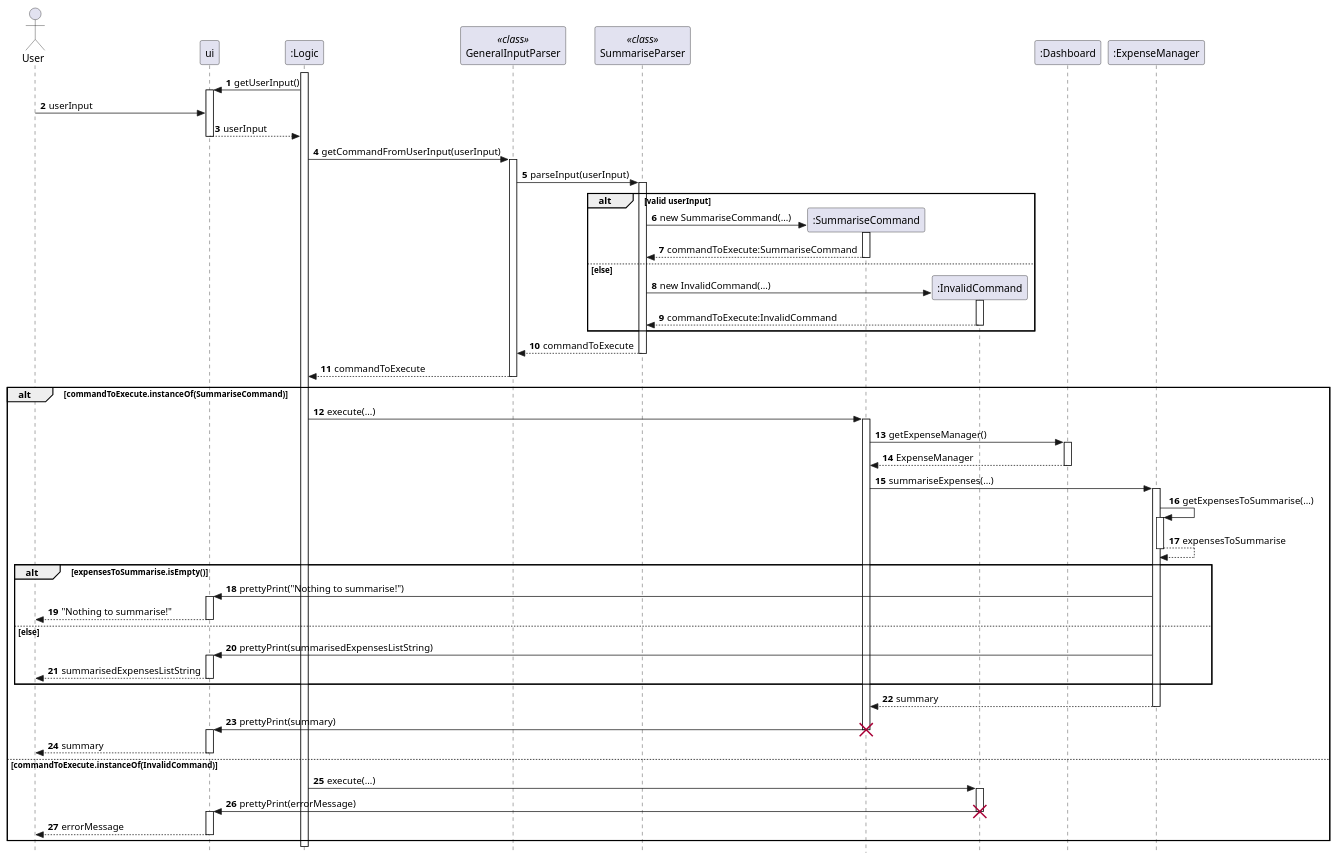
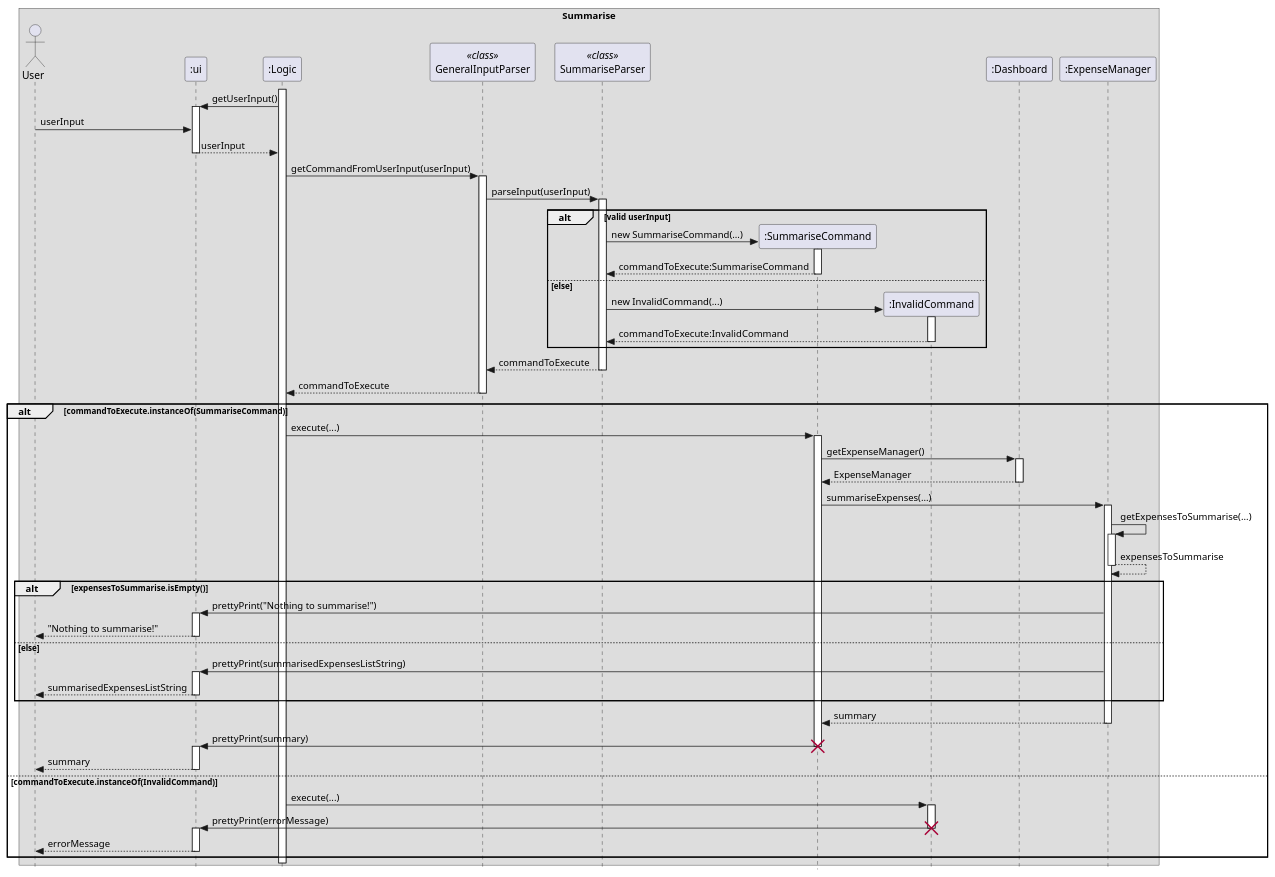
The diagram in docs/team/UML_Files/Summarise.puml (AY2324S2-CS2113-F14-1/tp), drawn with PlantUML before and after one commit. The commit also changed 1 other file, not shown here.

```diff
--- a/docs/team/UML_Files/Summarise.puml
+++ b/docs/team/UML_Files/Summarise.puml
@@ -1,74 +1,75 @@
 @startuml
 'https://plantuml.com/sequence-diagram
 
+box Summarise
+
 skinparam Style strictuml
-autonumber
 actor User
-participant "ui" as UI
+participant ":ui" as UI
 participant ":Logic" as Logic
 activate Logic
 participant GeneralInputParser <<class>>
 participant SummariseParser << class >>
 
 participant ":SummariseCommand" as SummariseCommand order 28
 participant ":InvalidCommand" as InvalidCommand order 29
 participant ":Dashboard" as Dashboard order 30
 participant ":ExpenseManager" as ExpenseManager order 31
 
 Logic -> UI ++ : getUserInput()
 
 User -> UI : userInput
 UI --> Logic -- : userInput
 
 Logic -> GeneralInputParser ++ : getCommandFromUserInput(userInput)
 GeneralInputParser -> SummariseParser ++ : parseInput(userInput)
 alt valid userInput
     SummariseParser -> SummariseCommand ** : new SummariseCommand(...)
     activate SummariseCommand
     SummariseCommand --> SummariseParser --: commandToExecute:SummariseCommand
 else else
     SummariseParser -> InvalidCommand ** : new InvalidCommand(...)
     activate InvalidCommand
     InvalidCommand --> SummariseParser -- : commandToExecute:InvalidCommand
 end
 
 SummariseParser --> GeneralInputParser -- : commandToExecute
 GeneralInputParser --> Logic -- : commandToExecute
 
 alt commandToExecute.instanceOf(SummariseCommand)
     Logic -> SummariseCommand : execute(...)
     activate SummariseCommand
     SummariseCommand -> Dashboard ++ : getExpenseManager()
     Dashboard --> SummariseCommand -- : ExpenseManager
     SummariseCommand -> ExpenseManager ++ : summariseExpenses(...)
     ExpenseManager -> ExpenseManager ++ : getExpensesToSummarise(...)
     ExpenseManager --> ExpenseManager -- : expensesToSummarise
     alt expensesToSummarise.isEmpty()
         ExpenseManager -> UI : prettyPrint("Nothing to summarise!")
         activate UI
         UI --> User -- : "Nothing to summarise!"
     else else
         ExpenseManager -> UI ++ : prettyPrint(summarisedExpensesListString)
         UI --> User -- : summarisedExpensesListString
     end
     ExpenseManager --> SummariseCommand -- : summary
     SummariseCommand -> UI -- : prettyPrint(summary)
     activate UI
     destroy SummariseCommand
     UI --> User -- : summary
 else commandToExecute.instanceOf(InvalidCommand)
     Logic -> InvalidCommand : execute(...)
     activate InvalidCommand
     InvalidCommand -> UI -- : prettyPrint(errorMessage)
     activate UI
     destroy InvalidCommand
     UI --> User -- : errorMessage
 end
 deactivate UI
 
-
+endbox
 
 
 
 
 @enduml
```
